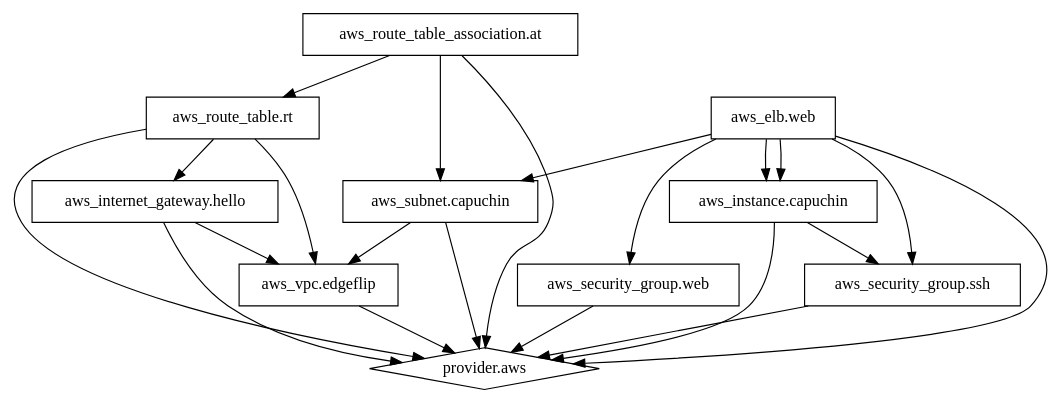
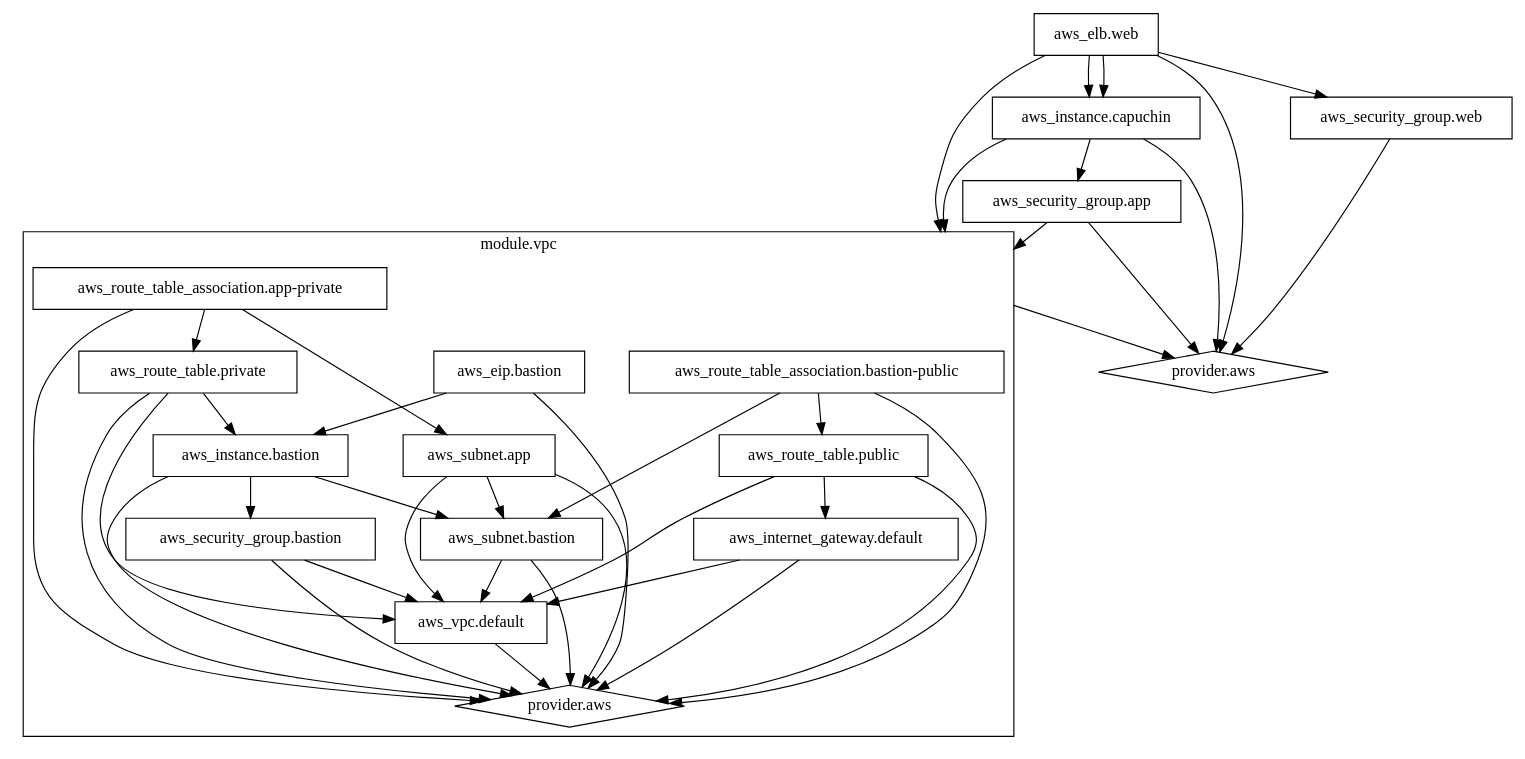
The diagram in terraform/graph.dot (edgeflip/capuchin), drawn with Graphviz before and after one commit. The commit also changed 7 other files, not shown here.

```diff
--- a/terraform/graph.dot
+++ b/terraform/graph.dot
@@ -1,74 +1,134 @@
 digraph {
 	compound = true;
 	subgraph {
-		"0_aws_vpc.edgeflip" [
-			label="aws_vpc.edgeflip"
-			shape=box
-		];
-		"0_aws_internet_gateway.hello" [
-			label="aws_internet_gateway.hello"
-			shape=box
-		];
-		"0_aws_subnet.capuchin" [
-			label="aws_subnet.capuchin"
-			shape=box
-		];
-		"0_aws_route_table.rt" [
-			label="aws_route_table.rt"
-			shape=box
-		];
-		"0_aws_route_table_association.at" [
-			label="aws_route_table_association.at"
-			shape=box
-		];
 		"0_aws_elb.web" [
 			label="aws_elb.web"
 			shape=box
 		];
 		"0_aws_instance.capuchin" [
 			label="aws_instance.capuchin"
 			shape=box
 		];
-		"0_aws_security_group.ssh" [
-			label="aws_security_group.ssh"
+		"0_aws_security_group.app" [
+			label="aws_security_group.app"
 			shape=box
 		];
 		"0_aws_security_group.web" [
 			label="aws_security_group.web"
 			shape=box
 		];
 	}
 
-	"0_aws_vpc.edgeflip" -> "0_provider.aws";
-	"0_aws_internet_gateway.hello" -> "0_provider.aws";
-	"0_aws_internet_gateway.hello" -> "0_aws_vpc.edgeflip";
-	"0_aws_subnet.capuchin" -> "0_provider.aws";
-	"0_aws_subnet.capuchin" -> "0_aws_vpc.edgeflip";
-	"0_aws_route_table.rt" -> "0_provider.aws";
-	"0_aws_route_table.rt" -> "0_aws_vpc.edgeflip";
-	"0_aws_route_table.rt" -> "0_aws_internet_gateway.hello";
-	"0_aws_route_table_association.at" -> "0_provider.aws";
-	"0_aws_route_table_association.at" -> "0_aws_subnet.capuchin";
-	"0_aws_route_table_association.at" -> "0_aws_route_table.rt";
 	"0_aws_elb.web" -> "0_provider.aws";
+	"0_aws_elb.web" -> "0_aws_instance.capuchin";
+	"0_aws_elb.web" -> "0_module.vpc_hidden" [lhead="cluster_0_module.vpc"];
 	"0_aws_elb.web" -> "0_aws_security_group.web";
 	"0_aws_elb.web" -> "0_aws_instance.capuchin";
-	"0_aws_elb.web" -> "0_aws_instance.capuchin";
-	"0_aws_elb.web" -> "0_aws_subnet.capuchin";
-	"0_aws_elb.web" -> "0_aws_security_group.ssh";
 	"0_aws_instance.capuchin" -> "0_provider.aws";
-	"0_aws_instance.capuchin" -> "0_aws_security_group.ssh";
-	"0_aws_security_group.ssh" -> "0_provider.aws";
+	"0_aws_instance.capuchin" -> "0_aws_security_group.app";
+	"0_aws_instance.capuchin" -> "0_module.vpc_hidden" [lhead="cluster_0_module.vpc"];
+	"0_aws_security_group.app" -> "0_provider.aws";
+	"0_aws_security_group.app" -> "0_module.vpc_hidden" [lhead="cluster_0_module.vpc"];
 	"0_aws_security_group.web" -> "0_provider.aws";
 
 	subgraph {
 	}
 
 	subgraph {
 		"0_provider.aws" [
 			label="provider.aws"
 			shape=diamond
 		];
 	}
 
+	subgraph "cluster_0_module.vpc" {
+		label = "module.vpc";
+		"0_module.vpc_hidden" [fixedsize=true,width=0,height=0,label="",style=invisible];
+		subgraph {
+			"1_aws_vpc.default" [
+				label="aws_vpc.default"
+				shape=box
+			];
+			"1_aws_internet_gateway.default" [
+				label="aws_internet_gateway.default"
+				shape=box
+			];
+			"1_aws_instance.bastion" [
+				label="aws_instance.bastion"
+				shape=box
+			];
+			"1_aws_eip.bastion" [
+				label="aws_eip.bastion"
+				shape=box
+			];
+			"1_aws_subnet.bastion" [
+				label="aws_subnet.bastion"
+				shape=box
+			];
+			"1_aws_route_table.public" [
+				label="aws_route_table.public"
+				shape=box
+			];
+			"1_aws_route_table_association.bastion-public" [
+				label="aws_route_table_association.bastion-public"
+				shape=box
+			];
+			"1_aws_subnet.app" [
+				label="aws_subnet.app"
+				shape=box
+			];
+			"1_aws_route_table.private" [
+				label="aws_route_table.private"
+				shape=box
+			];
+			"1_aws_route_table_association.app-private" [
+				label="aws_route_table_association.app-private"
+				shape=box
+			];
+			"1_aws_security_group.bastion" [
+				label="aws_security_group.bastion"
+				shape=box
+			];
+		}
+	
+			"1_aws_vpc.default" -> "1_provider.aws";
+			"1_aws_internet_gateway.default" -> "1_provider.aws";
+			"1_aws_internet_gateway.default" -> "1_aws_vpc.default";
+			"1_aws_instance.bastion" -> "1_provider.aws";
+			"1_aws_instance.bastion" -> "1_aws_security_group.bastion";
+			"1_aws_instance.bastion" -> "1_aws_subnet.bastion";
+			"1_aws_eip.bastion" -> "1_provider.aws";
+			"1_aws_eip.bastion" -> "1_aws_instance.bastion";
+			"1_aws_subnet.bastion" -> "1_provider.aws";
+			"1_aws_subnet.bastion" -> "1_aws_vpc.default";
+			"1_aws_route_table.public" -> "1_provider.aws";
+			"1_aws_route_table.public" -> "1_aws_vpc.default";
+			"1_aws_route_table.public" -> "1_aws_internet_gateway.default";
+			"1_aws_route_table_association.bastion-public" -> "1_provider.aws";
+			"1_aws_route_table_association.bastion-public" -> "1_aws_subnet.bastion";
+			"1_aws_route_table_association.bastion-public" -> "1_aws_route_table.public";
+			"1_aws_subnet.app" -> "1_provider.aws";
+			"1_aws_subnet.app" -> "1_aws_subnet.bastion";
+			"1_aws_subnet.app" -> "1_aws_vpc.default";
+			"1_aws_route_table.private" -> "1_provider.aws";
+			"1_aws_route_table.private" -> "1_aws_vpc.default";
+			"1_aws_route_table.private" -> "1_aws_instance.bastion";
+			"1_aws_route_table_association.app-private" -> "1_provider.aws";
+			"1_aws_route_table_association.app-private" -> "1_aws_subnet.app";
+			"1_aws_route_table_association.app-private" -> "1_aws_route_table.private";
+			"1_aws_security_group.bastion" -> "1_provider.aws";
+			"1_aws_security_group.bastion" -> "1_aws_vpc.default";
+	
+		subgraph {
+		}
+	
+		subgraph {
+			"1_provider.aws" [
+				label="provider.aws"
+				shape=diamond
+			];
+		}
+	
+	}
+	"0_module.vpc_hidden" -> "0_provider.aws" [ltail="cluster_0_module.vpc"];
 }
```
